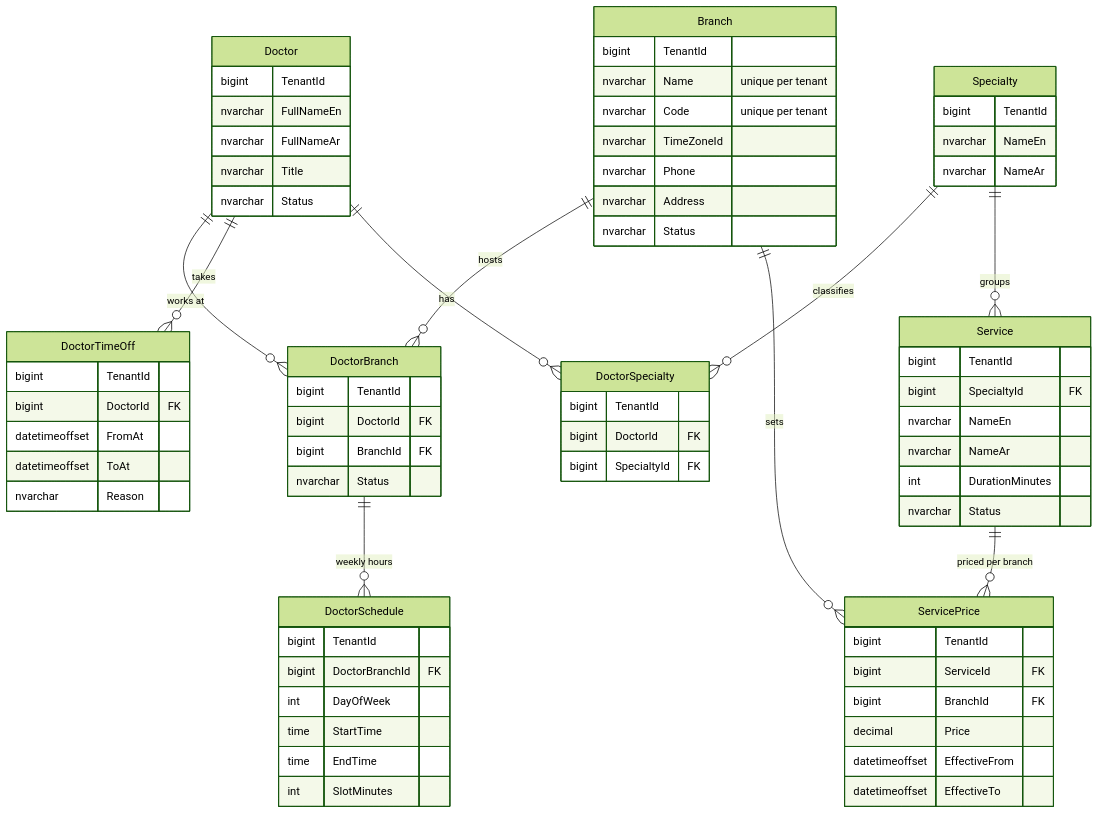
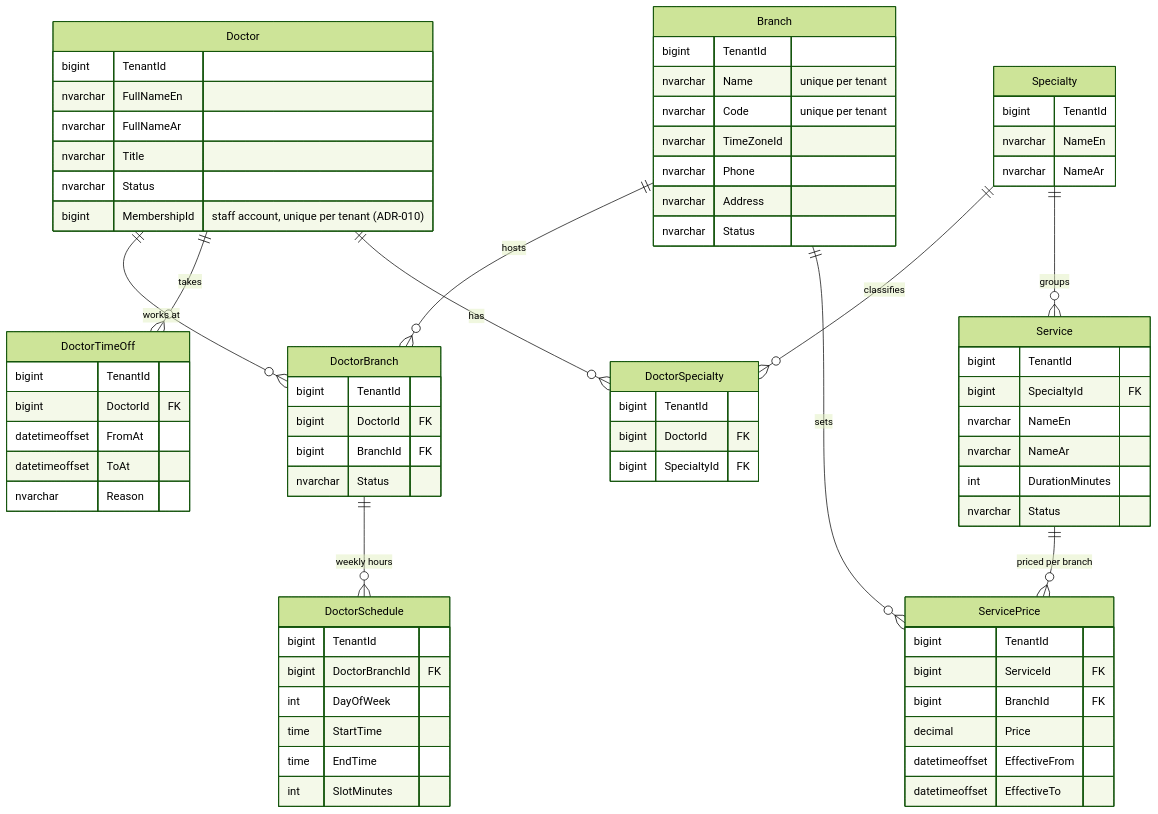
One commit to mohameabdelsalm/shifa-clinic changed the third of 8 diagrams in docs/architecture/database-design.md. Above: the diagram before and after it, drawn with Mermaid (forest theme). The commit also changed other lines of this file and 104 other files, not shown here.

````diff
--- a/docs/architecture/database-design.md
+++ b/docs/architecture/database-design.md
@@ -135,75 +135,76 @@
 ```mermaid
 erDiagram
   Branch ||--o{ DoctorBranch : hosts
   Doctor ||--o{ DoctorBranch : "works at"
   DoctorBranch ||--o{ DoctorSchedule : "weekly hours"
   Doctor ||--o{ DoctorTimeOff : takes
   Doctor ||--o{ DoctorSpecialty : has
   Specialty ||--o{ DoctorSpecialty : classifies
   Specialty ||--o{ Service : groups
   Service ||--o{ ServicePrice : "priced per branch"
   Branch ||--o{ ServicePrice : sets
   Branch {
     bigint TenantId
     nvarchar Name "unique per tenant"
     nvarchar Code "unique per tenant"
     nvarchar TimeZoneId
     nvarchar Phone
     nvarchar Address
     nvarchar Status
   }
   Doctor {
     bigint TenantId
     nvarchar FullNameEn
     nvarchar FullNameAr
     nvarchar Title
     nvarchar Status
+    bigint MembershipId "staff account, unique per tenant (ADR-010)"
   }
   Specialty {
     bigint TenantId
     nvarchar NameEn
     nvarchar NameAr
   }
   DoctorSpecialty {
     bigint TenantId
     bigint DoctorId FK
     bigint SpecialtyId FK
   }
   DoctorBranch {
     bigint TenantId
     bigint DoctorId FK
     bigint BranchId FK
     nvarchar Status
   }
   DoctorSchedule {
     bigint TenantId
     bigint DoctorBranchId FK
     int DayOfWeek
     time StartTime
     time EndTime
     int SlotMinutes
   }
   DoctorTimeOff {
     bigint TenantId
     bigint DoctorId FK
     datetimeoffset FromAt
     datetimeoffset ToAt
     nvarchar Reason
   }
   Service {
     bigint TenantId
     bigint SpecialtyId FK
     nvarchar NameEn
     nvarchar NameAr
     int DurationMinutes
     nvarchar Status
   }
   ServicePrice {
     bigint TenantId
     bigint ServiceId FK
     bigint BranchId FK
     decimal Price
     datetimeoffset EffectiveFrom
     datetimeoffset EffectiveTo
   }
 ```
````
